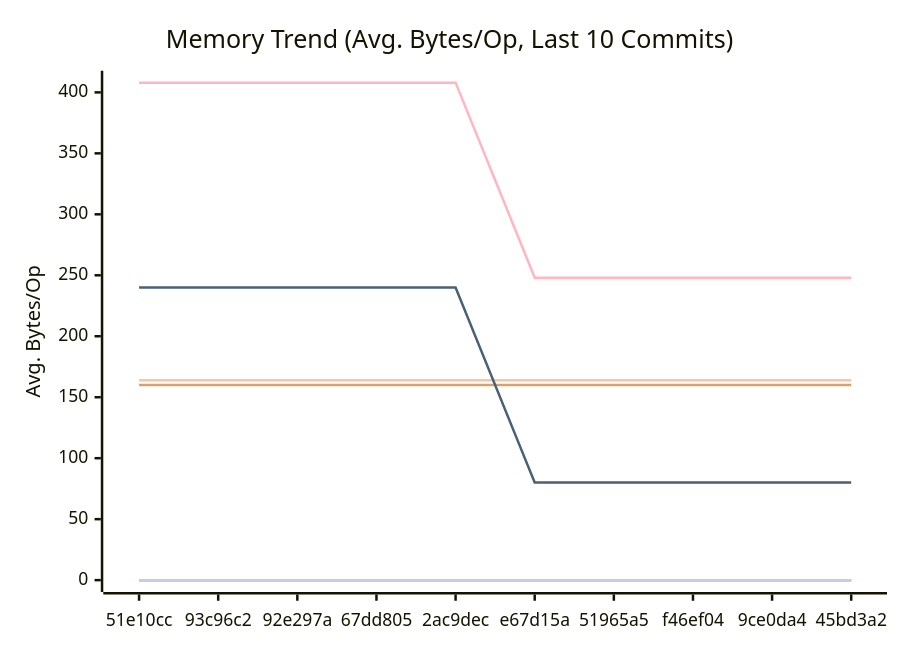
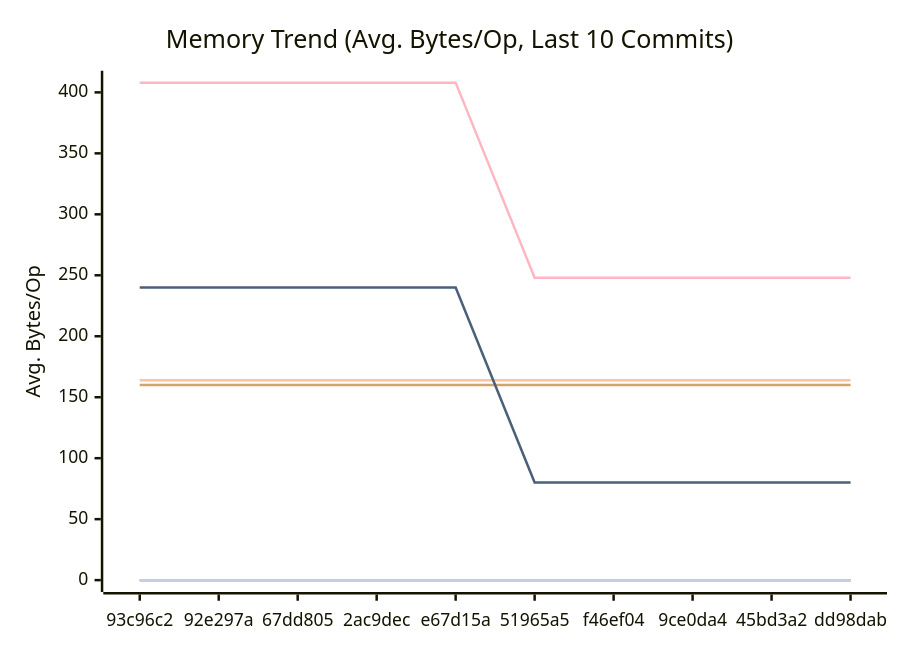
The second of 3 diagrams in docs/PERFORMANCE.md (alsotoes/momo), drawn with Mermaid before and after one commit. The commit also changed other lines of this file and 11 other files, not shown here.

````diff
--- a/docs/PERFORMANCE.md
+++ b/docs/PERFORMANCE.md
@@ -97,16 +97,16 @@
 ```mermaid
 xychart-beta
     title "Memory Trend (Avg. Bytes/Op, Last 10 Commits)"
     x-axis "Commit"
     y-axis "Avg. Bytes/Op"
-    x-axis [51e10cc,93c96c2,92e297a,67dd805,2ac9dec,e67d15a,51965a5,f46ef04,9ce0da4,45bd3a2]
+    x-axis [93c96c2,92e297a,67dd805,2ac9dec,e67d15a,51965a5,f46ef04,9ce0da4,45bd3a2,dd98dab]
     line "CheckMetricsAndSwap" [0,0,0,0,0,0,0,0,0,0]
     line "CrushOptimized" [0,0,0,0,0,0,0,0,0,0]
     line "CrushOriginal" [164,164,164,164,164,164,164,164,164,164]
     line "IndexDirectTracking" [0,0,0,0,0,0,0,0,0,0]
     line "IndexSearch" [0,0,0,0,0,0,0,0,0,0]
     line "LoadGlobalConfig" [160,160,160,160,160,160,160,160,160,160]
     line "PadString" [0,0,0,0,0,0,0,0,0,0]
     line "ParseReplicationOrder_NoPrealloc" [408,408,408,408,408,248,248,248,248,248]
     line "ParseReplicationOrder_Prealloc" [240,240,240,240,240,80,80,80,80,80]
 ```
````
